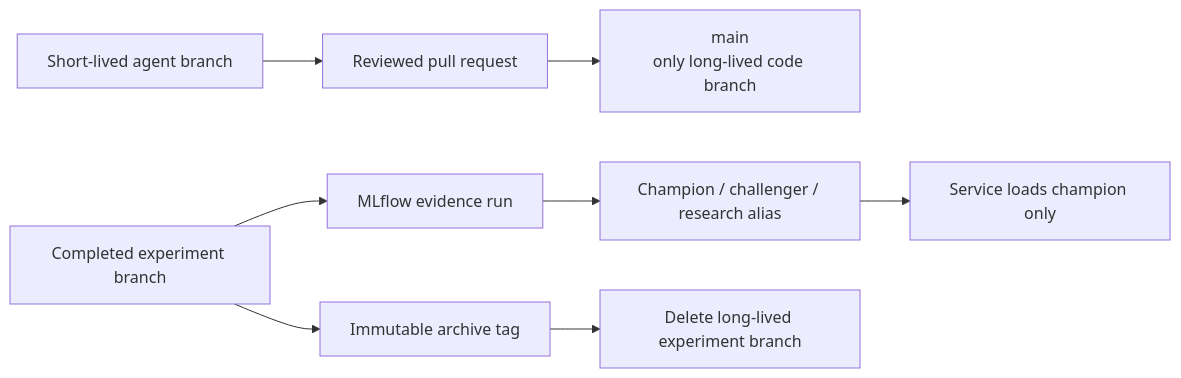
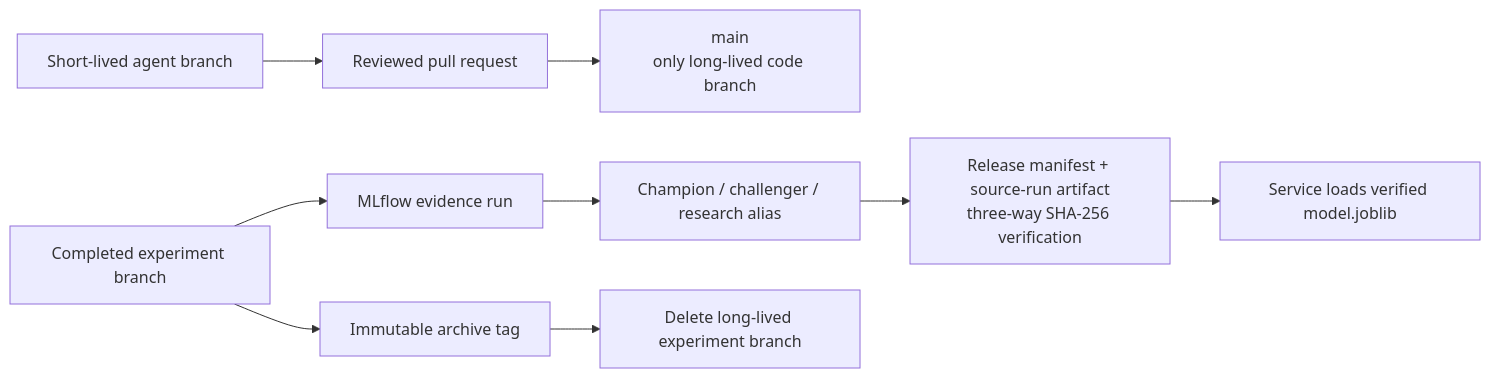
Before and after one commit to ylceadap/sentiment-analysis: the fifth of 5 diagrams in docs/ARCHITECTURE.md, drawn with Mermaid. The commit also changed other lines of this file and 30 other files, not shown here.

Commit message:
feat: enforce model release governance

````diff
--- a/docs/ARCHITECTURE.md
+++ b/docs/ARCHITECTURE.md
@@ -124,10 +124,11 @@
 ```mermaid
 flowchart LR
     feature["Short-lived agent branch"] --> pr["Reviewed pull request"]
     pr --> main["main\nonly long-lived code branch"]
     experiment["Completed experiment branch"] --> tag["Immutable archive tag"]
     experiment --> run["MLflow evidence run"]
     run --> registry["Champion / challenger / research alias"]
     tag --> cleanup["Delete long-lived experiment branch"]
-    registry --> service["Service loads champion only"]
+    registry --> release["Release manifest + source-run artifact\nthree-way SHA-256 verification"]
+    release --> service["Service loads verified model.joblib"]
 ```
````
